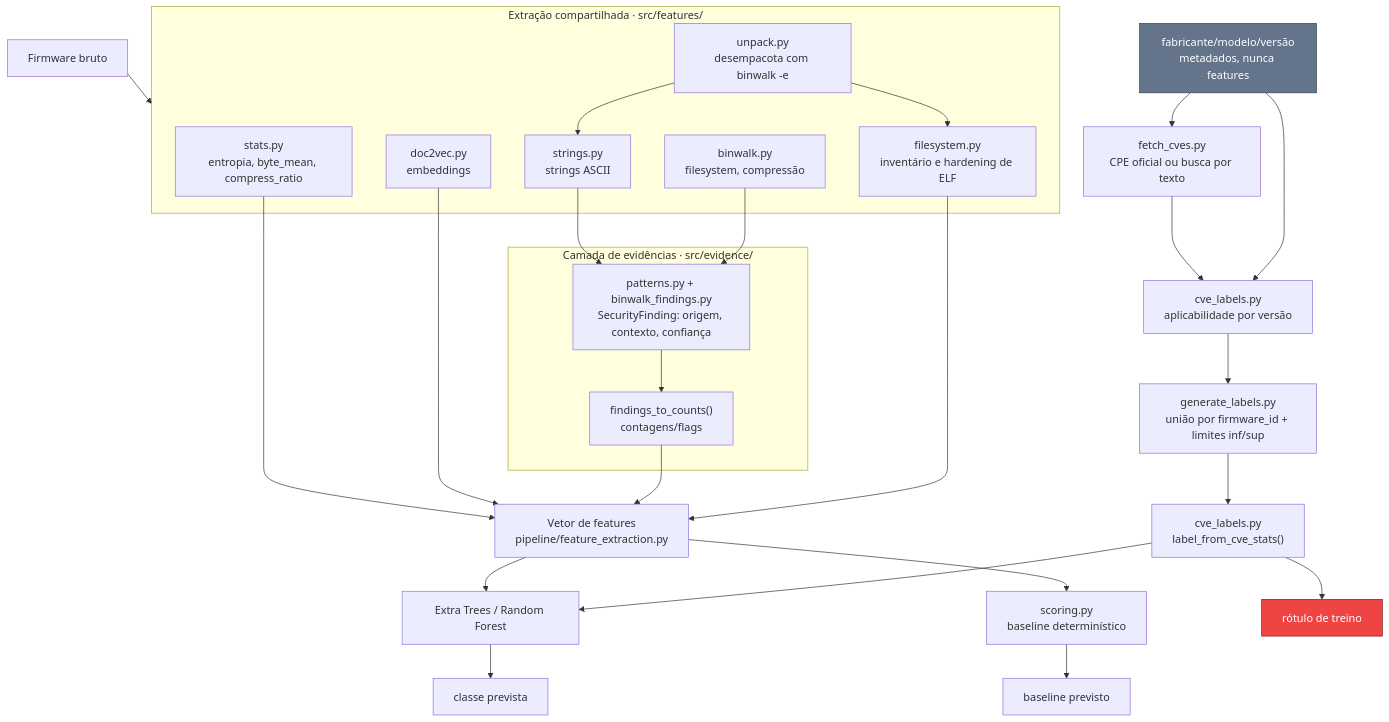
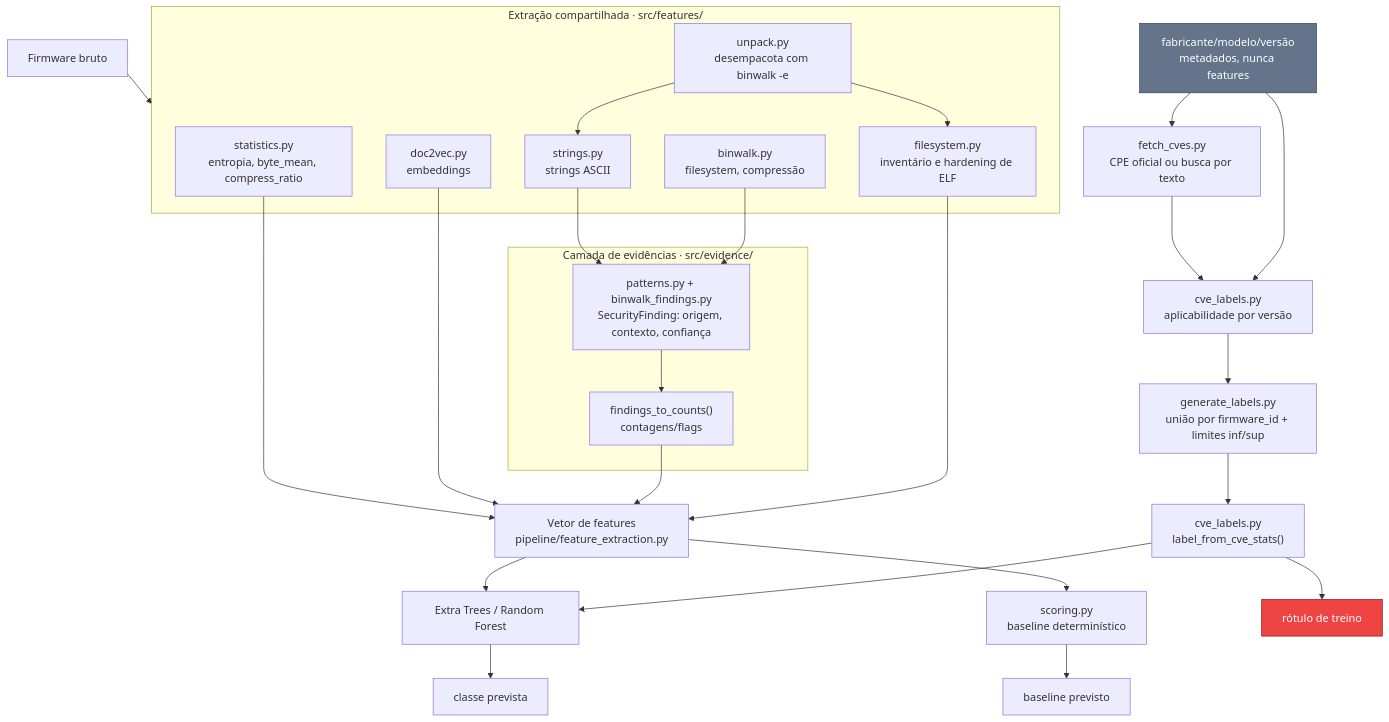
One commit to MarcusToledo/firmware-ml-classifier changed the diagram in docs/PIPELINE.md. Above: the diagram before and after it, drawn with Mermaid. The commit also changed other lines of this file and 4 other files, not shown here.

````diff
--- a/docs/PIPELINE.md
+++ b/docs/PIPELINE.md
@@ -21,63 +21,63 @@
 ```mermaid
 graph TD
   FW["Firmware bruto"]
 
   subgraph EXT["Extração compartilhada · src/features/"]
-    STATS["stats.py<br/>entropia, byte_mean, compress_ratio"]
+    STATS["statistics.py<br/>entropia, byte_mean, compress_ratio"]
     STR["strings.py<br/>strings ASCII"]
     D2V["doc2vec.py<br/>embeddings"]
     BW["binwalk.py<br/>filesystem, compressão"]
     UNP["unpack.py<br/>desempacota com binwalk -e"]
     FS["filesystem.py<br/>inventário e hardening de ELF"]
     UNP --> FS
   end
 
   FW --> EXT
 
   subgraph EVD["Camada de evidências · src/evidence/"]
     FIND["patterns.py + binwalk_findings.py<br/>SecurityFinding: origem, contexto, confiança"]
     CNT["findings_to_counts()<br/>contagens/flags"]
     FIND --> CNT
   end
 
   STR --> FIND
   BW --> FIND
 
   FEAT["Vetor de features<br/>pipeline/feature_extraction.py"]
   STATS --> FEAT
   D2V --> FEAT
   CNT --> FEAT
   FS --> FEAT
   UNP --> STR
 
   KEY["fabricante/modelo/versão<br/>metadados, nunca features"]
   NVD["fetch_cves.py<br/>CPE oficial ou busca por texto"]
   KEY --> NVD
 
   MATCH["cve_labels.py<br/>aplicabilidade por versão"]
   NVD --> MATCH
   KEY --> MATCH
   AGG["generate_labels.py<br/>união por firmware_id + limites inf/sup"]
   MATCH --> AGG
 
   LABEL["cve_labels.py<br/>label_from_cve_stats()"]
   AGG --> LABEL
 
   CLF["Extra Trees / Random Forest"]
   BASE["scoring.py<br/>baseline determinístico"]
   FEAT --> CLF
   FEAT --> BASE
   LABEL --> CLF
 
   OUTC["classe prevista"]
   OUTB["baseline previsto"]
   OUTL["rótulo de treino"]
   CLF --> OUTC
   BASE --> OUTB
   LABEL --> OUTL
 
   classDef crit fill:#ef4444,stroke:#7f1d1d,color:#fff
   classDef key fill:#64748b,stroke:#334155,color:#fff
   class OUTL crit
   class KEY key
 ```
````
